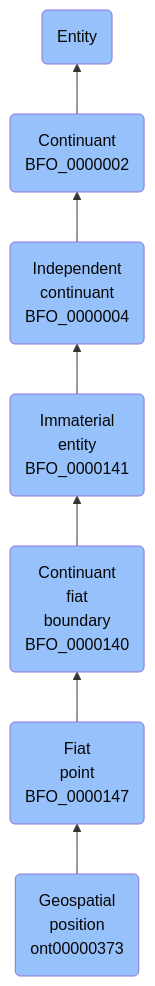
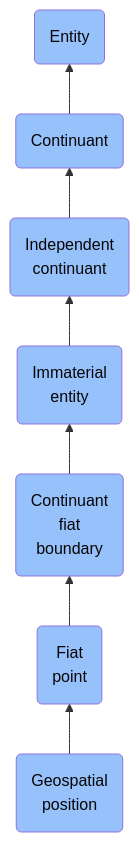
Before and after one commit to jupyter-naas/abi: the diagram in docs/ontology/reference/model/Entity/Continuant/Independent continuant/Immaterial entity/Continuant fiat boundary/Fiat point/Geospatial position/Geospatial position.md, drawn with Mermaid. The commit also changed other lines of this file and 1430 other files, not shown here.

````diff
--- a/docs/ontology/reference/model/Entity/Continuant/Independent continuant/Immaterial entity/Continuant fiat boundary/Fiat point/Geospatial position/Geospatial position.md
+++ b/docs/ontology/reference/model/Entity/Continuant/Independent continuant/Immaterial entity/Continuant fiat boundary/Fiat point/Geospatial position/Geospatial position.md
@@ -24,14 +24,14 @@
 ```mermaid
 graph BT
-    ont00000373(Geospatial<br>position<br>ont00000373):::BFO-->BFO_0000147
-    BFO_0000147(Fiat<br>point<br>BFO_0000147):::BFO-->BFO_0000140
-    BFO_0000140(Continuant<br>fiat<br>boundary<br>BFO_0000140):::BFO-->BFO_0000141
-    BFO_0000141(Immaterial<br>entity<br>BFO_0000141):::BFO-->BFO_0000004
-    BFO_0000004(Independent<br>continuant<br>BFO_0000004):::BFO-->BFO_0000002
-    BFO_0000002(Continuant<br>BFO_0000002):::BFO-->BFO_0000001
+    ont00000373(Geospatial<br>position):::BFO-->BFO_0000147
+    BFO_0000147(Fiat<br>point):::BFO-->BFO_0000140
+    BFO_0000140(Continuant<br>fiat<br>boundary):::BFO-->BFO_0000141
+    BFO_0000141(Immaterial<br>entity):::BFO-->BFO_0000004
+    BFO_0000004(Independent<br>continuant):::BFO-->BFO_0000002
+    BFO_0000002(Continuant):::BFO-->BFO_0000001
     BFO_0000001(Entity):::BFO
     
     classDef BFO fill:#97c1fb,color:#060606
     classDef CCO fill:#e4c51e,color:#060606
     classDef ABI fill:#48DD82,color:#060606
 ```
````
